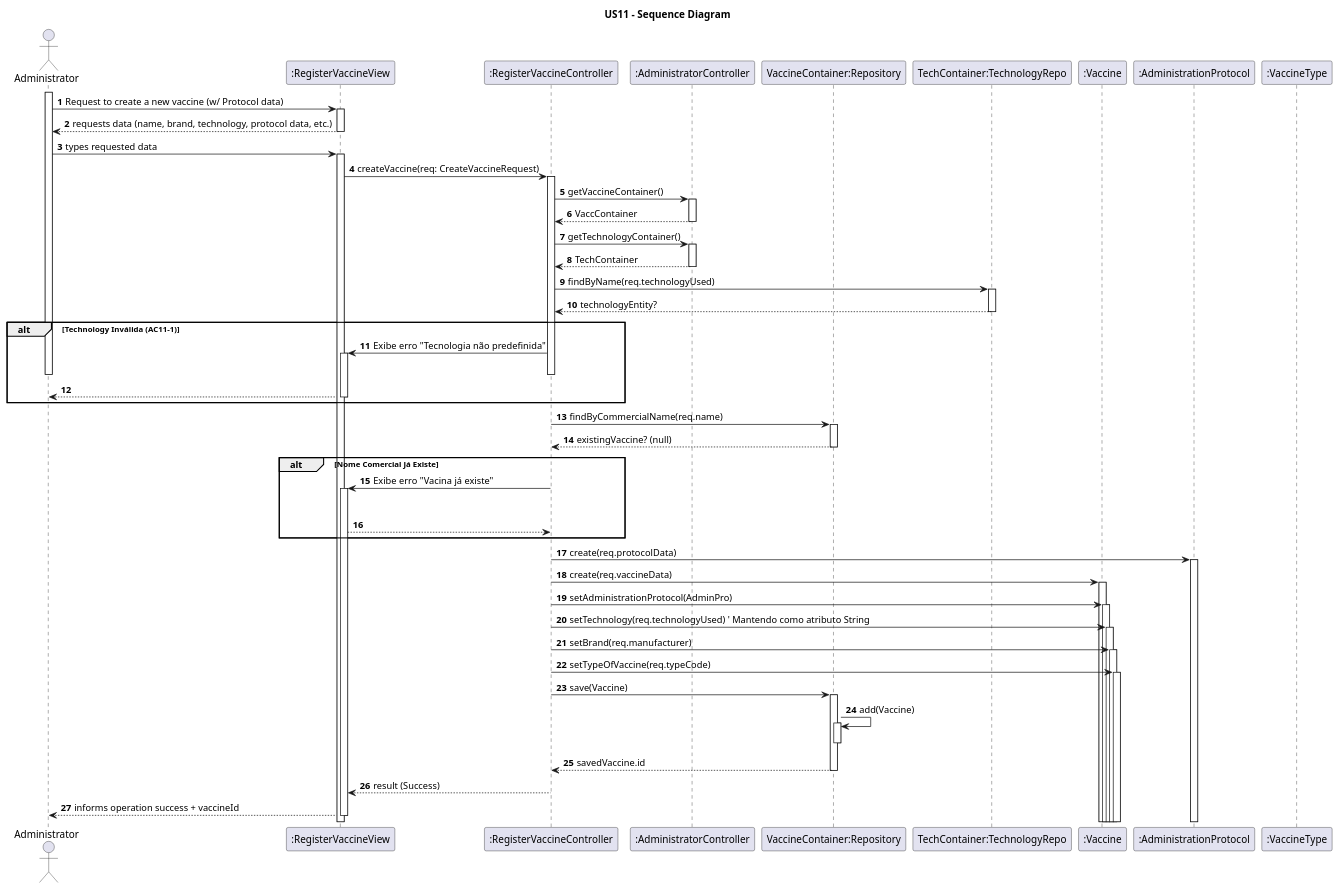
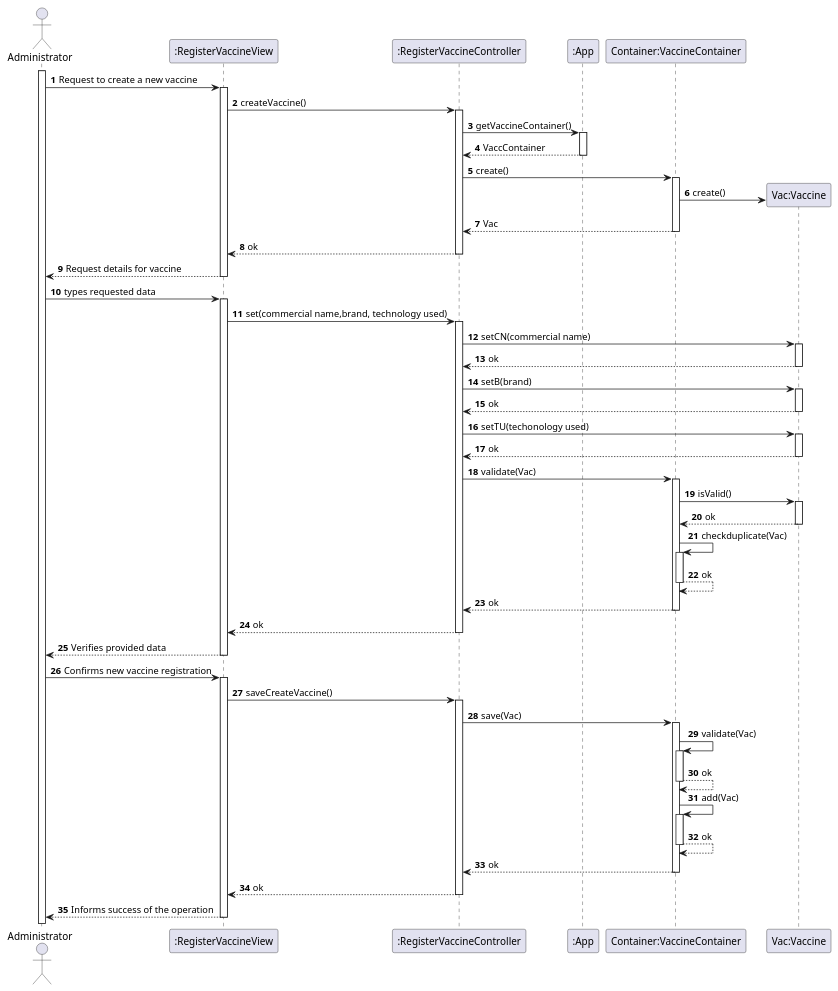
One commit to goncalomaia18/leti-esoft-25-26-C3 changed the diagram in docs/system-documentation/US11/puml/US11-SD.puml. Above: the diagram before and after it, drawn with PlantUML. The commit also changed 5 other files, not shown here.

```diff
--- a/docs/system-documentation/US11/puml/US11-SD.puml
+++ b/docs/system-documentation/US11/puml/US11-SD.puml
@@ -1,73 +1,64 @@
 @startuml
 'https://plantuml.com/sequence-diagram
 
-title US11 - Sequence Diagram
+
 autoactivate on
 autonumber
 
 actor "Administrator" as Admin
 participant ":RegisterVaccineView" as View
 participant ":RegisterVaccineController" as Ctrl
-participant ":AdministratorController" as AdminC
-participant "VaccineContainer:Repository" as VaccContainer
-participant "TechContainer:TechnologyRepo" as TechContainer
-participant ":Vaccine" as Vaccine
-participant ":AdministrationProtocol" as AdminPro
-participant ":VaccineType" as Type
+participant ":App" as AdminC
+participant "Container:VaccineContainer" as VaccContainer
+participant "Vac:Vaccine" as Vaccine
+
 
 activate Admin
 
-Admin -> View: Request to create a new vaccine (w/ Protocol data)
-View --> Admin: requests data (name, brand, technology, protocol data, etc.)
-
-Admin -> View: types requested data
-View -> Ctrl: createVaccine(req: CreateVaccineRequest)
-
-
+Admin -> View: Request to create a new vaccine
+View -> Ctrl: createVaccine()
 Ctrl -> AdminC: getVaccineContainer()
 AdminC --> Ctrl: VaccContainer
 
-Ctrl -> AdminC: getTechnologyContainer()
-AdminC --> Ctrl: TechContainer
-Ctrl -> TechContainer: findByName(req.technologyUsed)
-TechContainer --> Ctrl: technologyEntity?
-alt Technology Inválida (AC11-1)
-    Ctrl -> View: Exibe erro "Tecnologia não predefinida"
-    deactivate Ctrl
-    deactivate Admin
-    return
-end
+Ctrl -> VaccContainer: create()
+VaccContainer -> Vaccine**: create()
+VaccContainer --> Ctrl: Vac
+Ctrl --> View: ok
+View --> Admin: Request details for vaccine
+
+Admin -> View: types requested data
+View -> Ctrl: set(commercial name,brand, technology used)
+Ctrl -> Vaccine: setCN(commercial name)
+Vaccine --> Ctrl: ok
+Ctrl -> Vaccine: setB(brand)
+Vaccine --> Ctrl: ok
+Ctrl -> Vaccine: setTU(techonology used)
+Vaccine --> Ctrl: ok
+
+Ctrl -> VaccContainer: validate(Vac)
+VaccContainer -> Vaccine: isValid()
+Vaccine --> VaccContainer: ok
+VaccContainer -> VaccContainer: checkduplicate(Vac)
+VaccContainer --> VaccContainer: ok
+VaccContainer --> Ctrl: ok
+Ctrl --> View: ok
+View-->Admin:Verifies provided data
 
 
-Ctrl -> VaccContainer: findByCommercialName(req.name)
-VaccContainer --> Ctrl: existingVaccine? (null)
-alt Nome Comercial Já Existe
-    Ctrl -> View: Exibe erro "Vacina já existe"
-    deactivate Ctrl
-    deactivate Admin
-    return
-end
-
-Ctrl -> AdminPro: create(req.protocolData)
+Admin ->View:Confirms new vaccine registration
+View->Ctrl: saveCreateVaccine()
+Ctrl -> VaccContainer: save(Vac)
+VaccContainer->VaccContainer: validate(Vac)
+VaccContainer-->VaccContainer:ok
+VaccContainer->VaccContainer: add(Vac)
+VaccContainer-->VaccContainer:ok
+VaccContainer-->Ctrl: ok
+Ctrl-->View: ok
+View-->Admin:Informs success of the operation
 
 
 
-Ctrl -> Vaccine: create(req.vaccineData)
-Ctrl -> Vaccine: setAdministrationProtocol(AdminPro)
-Ctrl -> Vaccine: setTechnology(req.technologyUsed) ' Mantendo como atributo String
-Ctrl -> Vaccine: setBrand(req.manufacturer)
-Ctrl -> Vaccine: setTypeOfVaccine(req.typeCode)
 
 
-Ctrl -> VaccContainer: save(Vaccine)
-VaccContainer -> VaccContainer: add(Vaccine)
-deactivate VaccContainer
-VaccContainer --> Ctrl: savedVaccine.id
 
-
-Ctrl --> View: result (Success)
-
-View --> Admin: informs operation success + vaccineId
-
-deactivate Admin
 @enduml
```
